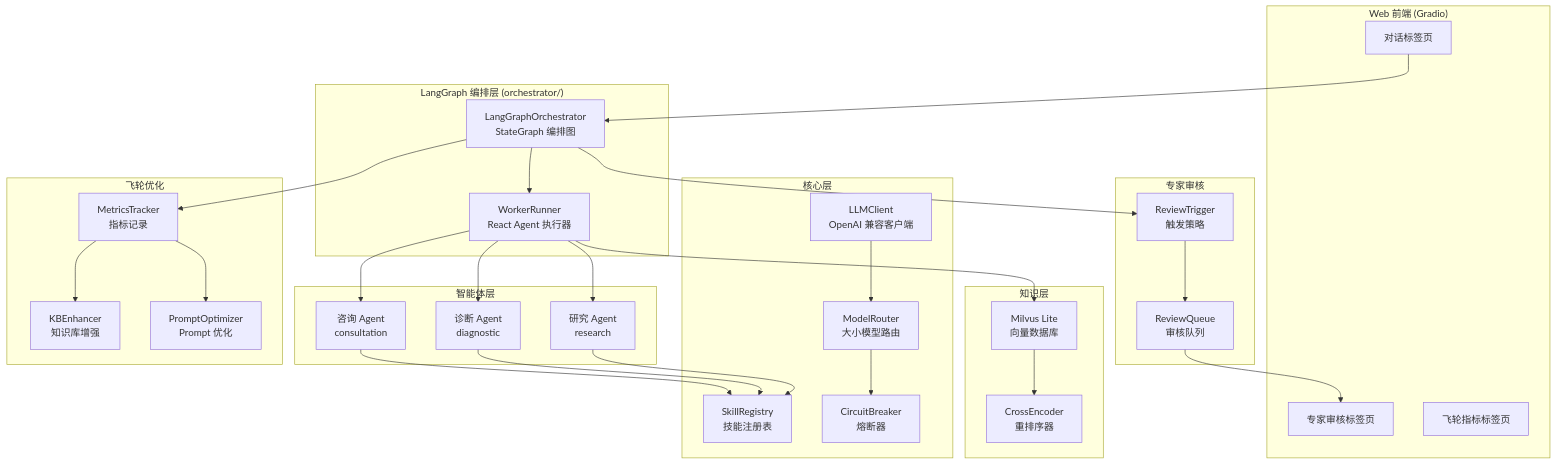
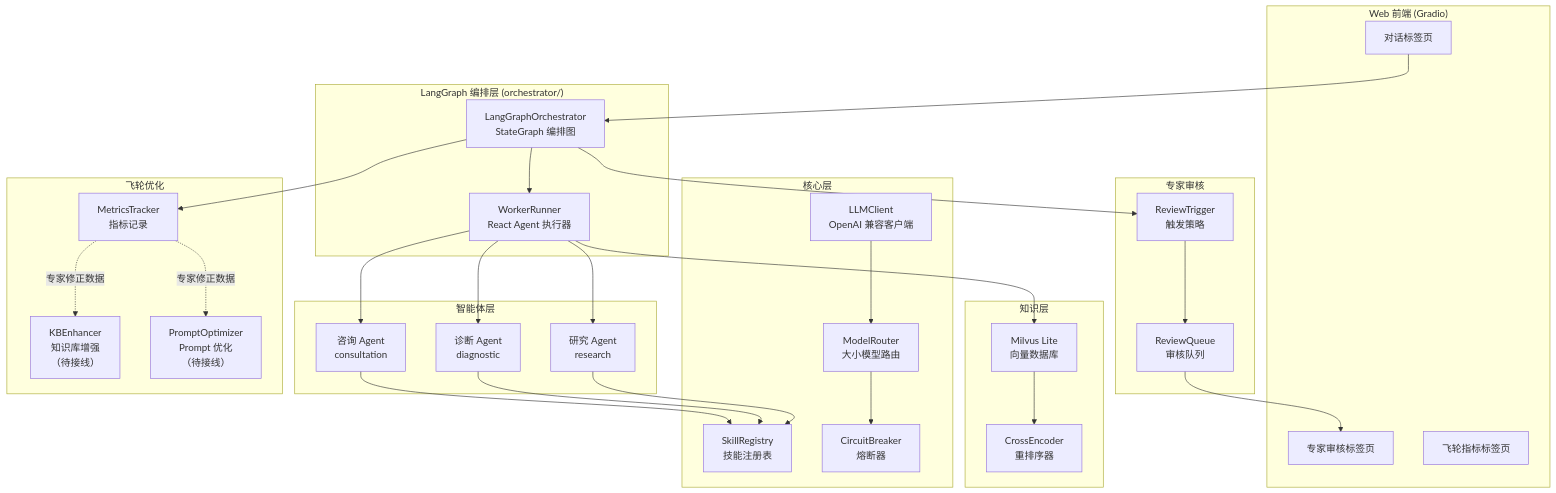
Before and after one commit to Cecil09312/medicalAgent: the first of 5 diagrams in medicalAgent/README.md, drawn with Mermaid. The commit also changed other lines of this file and 2 other files, not shown here.

````diff
--- a/medicalAgent/README.md
+++ b/medicalAgent/README.md
@@ -21,57 +21,57 @@
 ```mermaid
 graph TB
     subgraph Web["Web 前端 (Gradio)"]
         CHAT[对话标签页]
         REVIEW[专家审核标签页]
         METRICS[飞轮指标标签页]
     end
 
     subgraph Orchestrator["LangGraph 编排层 (orchestrator/)"]
         GRAPH[LangGraphOrchestrator<br/>StateGraph 编排图]
         RUNNER[WorkerRunner<br/>React Agent 执行器]
     end
 
     subgraph Agents["智能体层"]
         CA[咨询 Agent<br/>consultation]
         DA[诊断 Agent<br/>diagnostic]
         RA[研究 Agent<br/>research]
     end
 
     subgraph Core["核心层"]
         LLM[LLMClient<br/>OpenAI 兼容客户端]
         REG[SkillRegistry<br/>技能注册表]
         CB[CircuitBreaker<br/>熔断器]
         ROUTER[ModelRouter<br/>大小模型路由]
     end
 
     subgraph Knowledge["知识层"]
         KB[Milvus Lite<br/>向量数据库]
         RERANK[CrossEncoder<br/>重排序器]
     end
 
     subgraph Review["专家审核"]
         QUEUE[ReviewQueue<br/>审核队列]
         TRIGGER[ReviewTrigger<br/>触发策略]
     end
 
     subgraph Flywheel["飞轮优化"]
         TRK[MetricsTracker<br/>指标记录]
-        ENH[KBEnhancer<br/>知识库增强]
-        OPT[PromptOptimizer<br/>Prompt 优化]
+        ENH[KBEnhancer<br/>知识库增强<br/>（待接线）]
+        OPT[PromptOptimizer<br/>Prompt 优化<br/>（待接线）]
     end
 
     CHAT --> GRAPH
     GRAPH --> RUNNER
     RUNNER --> CA & DA & RA
     CA & DA & RA --> REG
     RUNNER --> KB
     KB --> RERANK
     LLM --> ROUTER
     ROUTER --> CB
     GRAPH --> TRIGGER
     TRIGGER --> QUEUE
     QUEUE --> REVIEW
     GRAPH --> TRK
-    TRK --> ENH
-    TRK --> OPT
+    TRK -.专家修正数据.-> ENH
+    TRK -.专家修正数据.-> OPT
 ```
````
